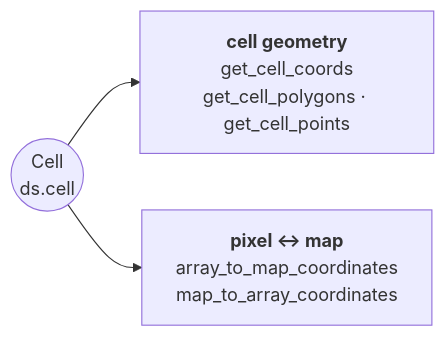
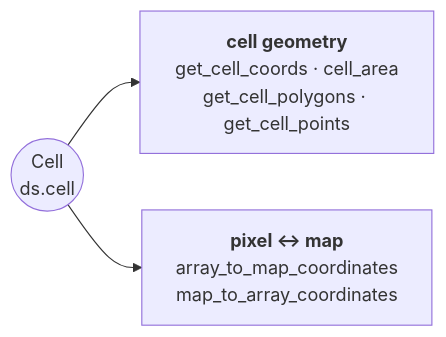
One commit to serapeum-org/pyramids changed the diagram in docs/reference/dataset/cell.md. Above: the diagram before and after it, drawn with Mermaid. The commit also changed 9 other files, not shown here.

````diff
--- a/docs/reference/dataset/cell.md
+++ b/docs/reference/dataset/cell.md
@@ -5,6 +5,6 @@
 ```mermaid
 flowchart LR
     CE(("Cell<br/>ds.cell"))
-    CE --> G["<b>cell geometry</b><br/>get_cell_coords<br/>get_cell_polygons · get_cell_points"]
+    CE --> G["<b>cell geometry</b><br/>get_cell_coords · cell_area<br/>get_cell_polygons · get_cell_points"]
     CE --> P["<b>pixel ↔ map</b><br/>array_to_map_coordinates<br/>map_to_array_coordinates"]
 ```
````
